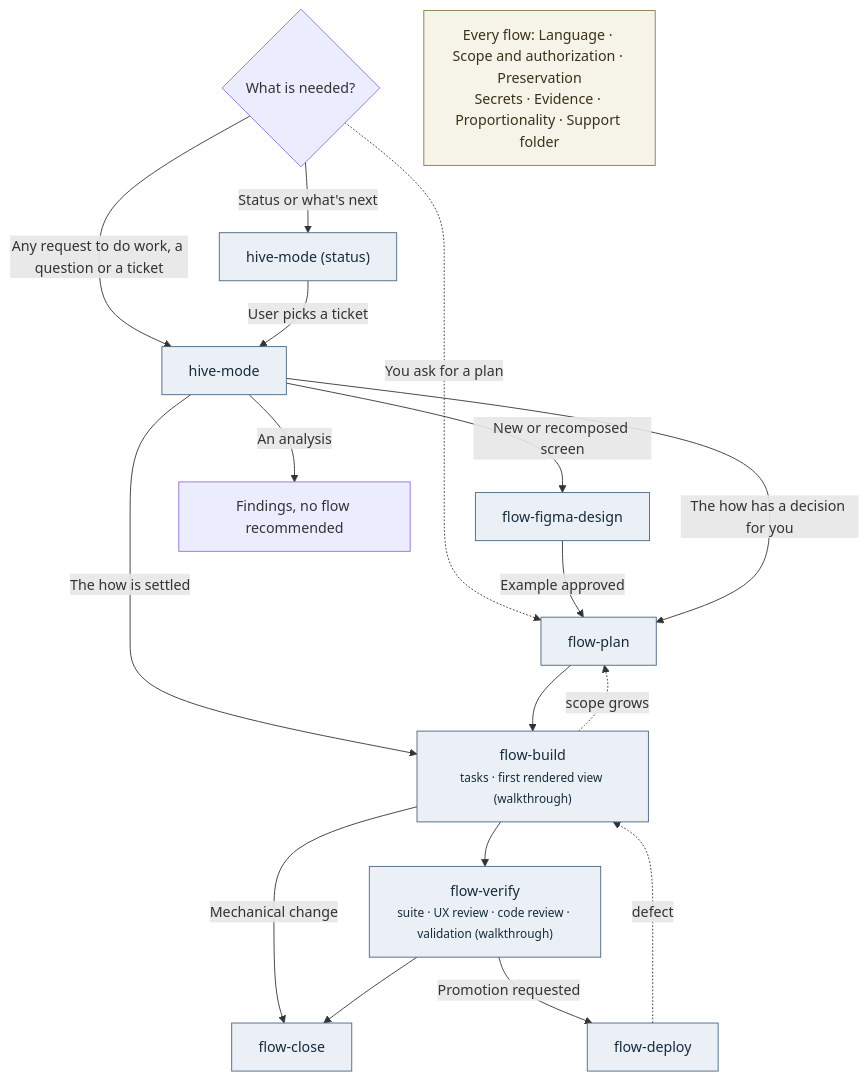
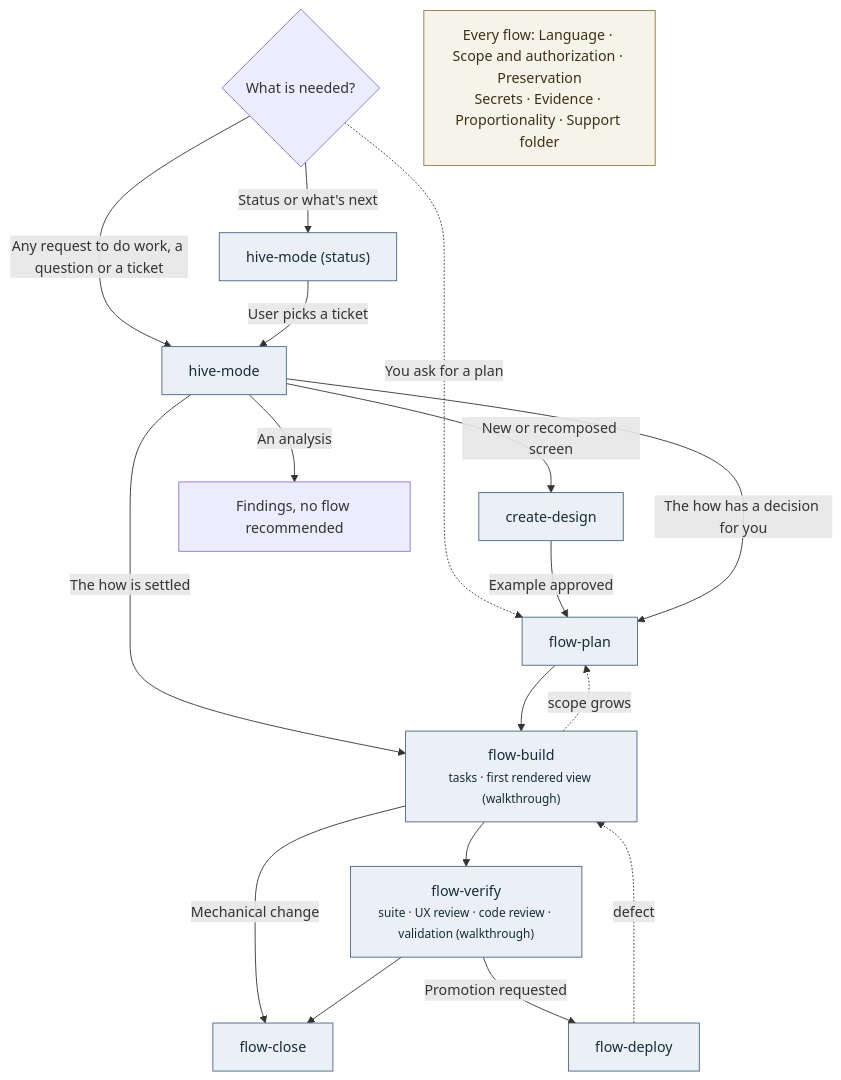
The diagram in README.md (JhonHawk/tricell-hive), drawn with Mermaid before and after one commit. The commit also changed other lines of this file and 16 other files, not shown here.

First line of the commit message:
docs: describe create-design on the site, README and llms.txt

````diff
--- a/README.md
+++ b/README.md
@@ -379,29 +379,29 @@
 ```mermaid
 flowchart TD
     Entry{"What is needed?"}
     Entry -->|Status or what's next| Status["hive-mode (status)"]
     Entry -->|Any request to do work, a question or a ticket| HiveMode["hive-mode"]
     Entry -.->|You ask for a plan| Plan["flow-plan"]
 
     Status -->|User picks a ticket| HiveMode
-    HiveMode -->|New or recomposed screen| Figma["flow-figma-design"]
+    HiveMode -->|New or recomposed screen| Figma["create-design"]
     Figma -->|Example approved| Plan
     HiveMode -->|The how has a decision for you| Plan
     HiveMode -->|The how is settled| Build
     HiveMode -->|An analysis| Findings["Findings, no flow recommended"]
     Plan --> Build["flow-build<br/><small>tasks · first rendered view (walkthrough)</small>"]
     Build --> Verify["flow-verify<br/><small>suite · UX review · code review · validation (walkthrough)</small>"]
     Build -->|Mechanical change| Close
     Verify --> Close["flow-close"]
     Verify -->|Promotion requested| Deploy["flow-deploy"]
 
     Build -.->|scope grows| Plan
     Deploy -.->|defect| Build
 
     Rules["Every flow: Language · Scope and authorization · Preservation<br/>Secrets · Evidence · Proportionality · Support folder"]
 
     classDef activity fill:#eaf0f6,stroke:#496580,color:#172b3a
     classDef rules fill:#f6f3e8,stroke:#8a7a45,color:#3a321a
     class Status,HiveMode,Figma,Plan,Build,Verify,Close,Deploy activity
     class Rules rules
 ```
````
